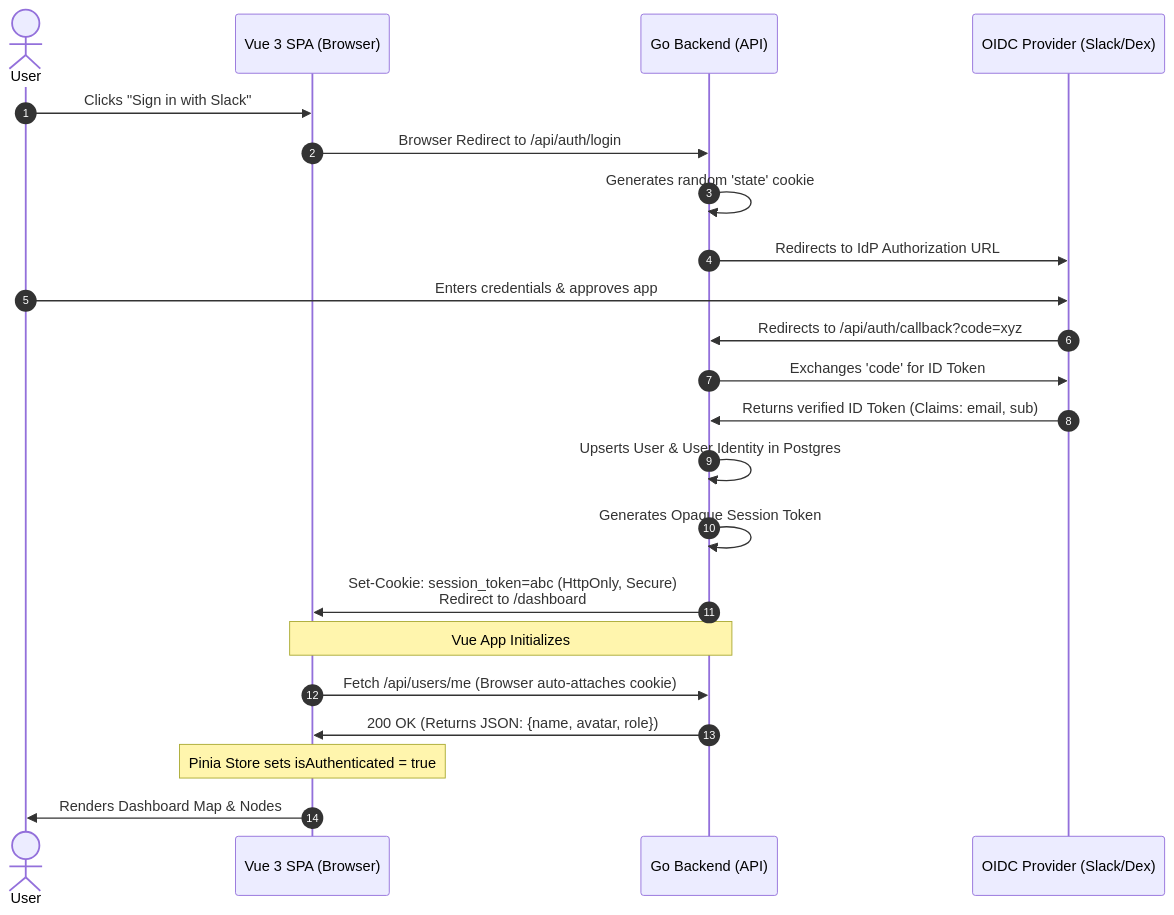
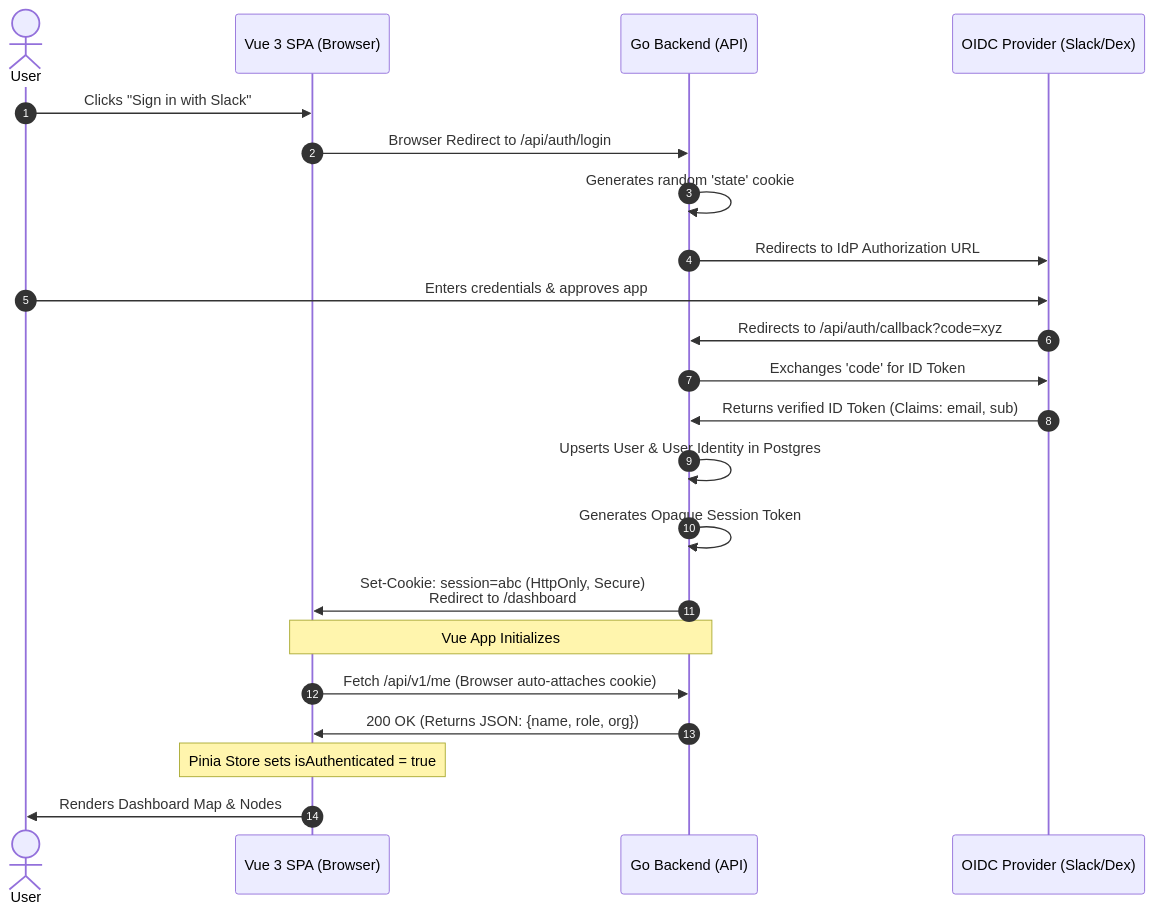
The first of 2 diagrams in AUTHENTICATION.md (motudev/bubblepulse), drawn with Mermaid before and after one commit. The commit also changed other lines of this file and 19 other files, not shown here.

Commit message:
feat: add slack install flow

````diff
--- a/AUTHENTICATION.md
+++ b/AUTHENTICATION.md
@@ -35,30 +18,30 @@
 ```mermaid
 sequenceDiagram
     autonumber
     actor User
     participant Vue as Vue 3 SPA (Browser)
     participant Go as Go Backend (API)
     participant IdP as OIDC Provider (Slack/Dex)
 
     User->>Vue: Clicks "Sign in with Slack"
     Vue->>Go: Browser Redirect to /api/auth/login
     Go->>Go: Generates random 'state' cookie
     Go->>IdP: Redirects to IdP Authorization URL
-    
+
     User->>IdP: Enters credentials & approves app
     IdP->>Go: Redirects to /api/auth/callback?code=xyz
-    
+
     Go->>IdP: Exchanges 'code' for ID Token
     IdP->>Go: Returns verified ID Token (Claims: email, sub)
-    
+
     Go->>Go: Upserts User & User Identity in Postgres
     Go->>Go: Generates Opaque Session Token
-    Go->>Vue: Set-Cookie: session_token=abc (HttpOnly, Secure)<br/>Redirect to /dashboard
-    
+    Go->>Vue: Set-Cookie: session=abc (HttpOnly, Secure)<br/>Redirect to /dashboard
+
     Note over Vue,Go: Vue App Initializes
-    Vue->>Go: Fetch /api/users/me (Browser auto-attaches cookie)
-    Go->>Vue: 200 OK (Returns JSON: {name, avatar, role})
-    
+    Vue->>Go: Fetch /api/v1/me (Browser auto-attaches cookie)
+    Go->>Vue: 200 OK (Returns JSON: {name, role, org})
+
     Note over Vue: Pinia Store sets isAuthenticated = true
     Vue->>User: Renders Dashboard Map & Nodes
 ```
````
